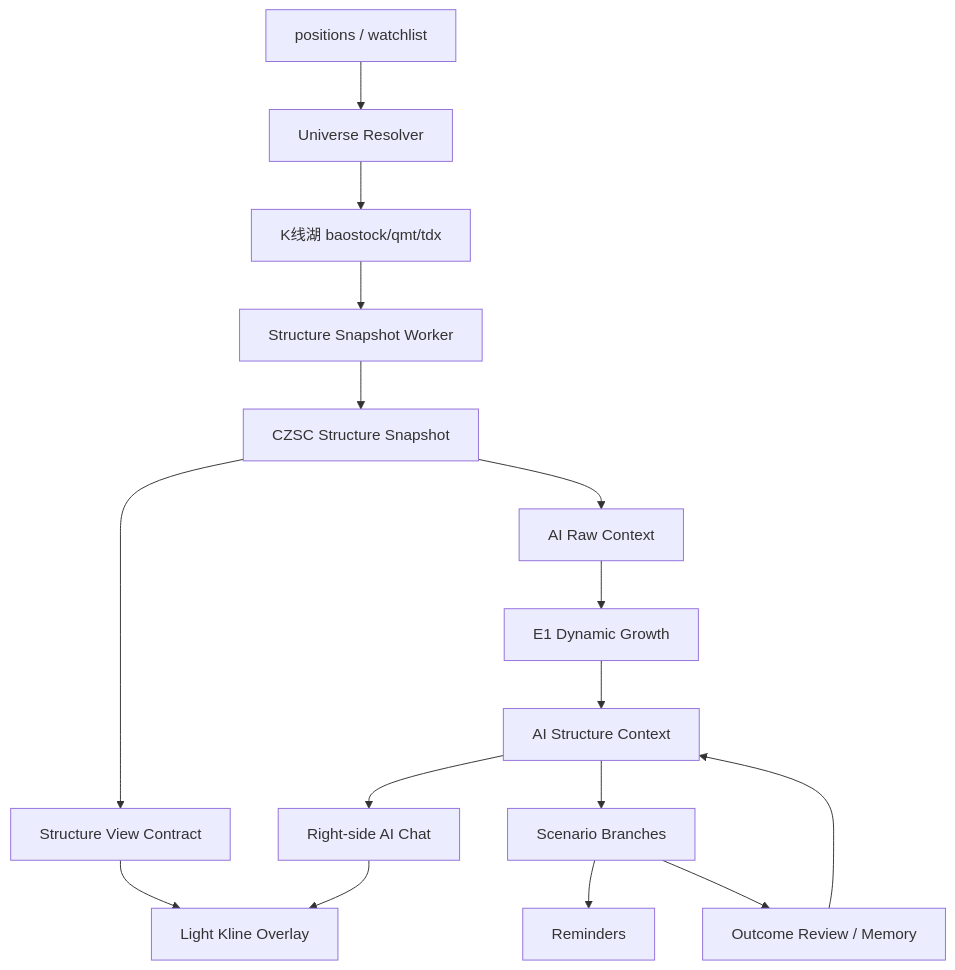
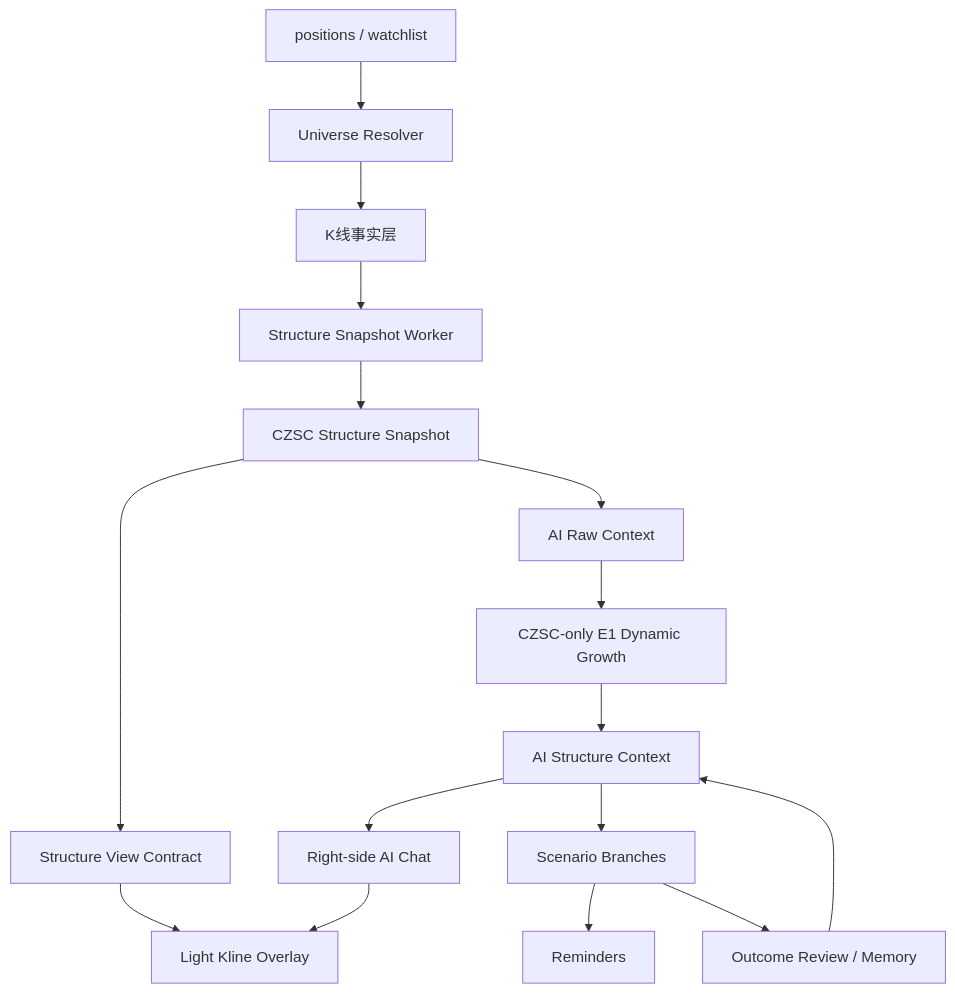
One commit to qumarkcn-mark/ctosv4 changed the diagram in docs/AI_NATIVE_V5_OPTIMIZATION_ARCHITECTURE.md. Above: the diagram before and after it, drawn with Mermaid. The commit also changed other lines of this file and 372 other files, not shown here.

````diff
--- a/docs/AI_NATIVE_V5_OPTIMIZATION_ARCHITECTURE.md
+++ b/docs/AI_NATIVE_V5_OPTIMIZATION_ARCHITECTURE.md
@@ -26,18 +27,18 @@
 ```mermaid
 flowchart TD
   A["positions / watchlist"] --> B["Universe Resolver"]
-  B --> C["K线湖 baostock/qmt/tdx"]
+  B --> C["K线事实层"]
   C --> D["Structure Snapshot Worker"]
   D --> E["CZSC Structure Snapshot"]
   E --> F["Structure View Contract"]
   E --> G["AI Raw Context"]
-  G --> H["E1 Dynamic Growth"]
+  G --> H["CZSC-only E1 Dynamic Growth"]
   H --> I["AI Structure Context"]
   I --> J["Scenario Branches"]
   I --> K["Right-side AI Chat"]
   F --> L["Light Kline Overlay"]
   K --> L
   J --> M["Reminders"]
   J --> N["Outcome Review / Memory"]
   N --> I
 ```
````
